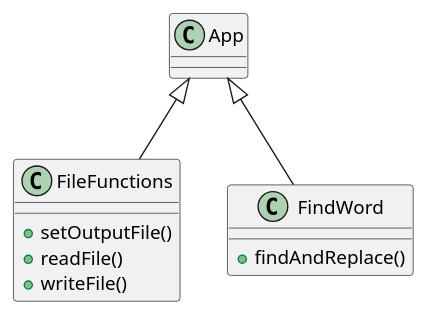
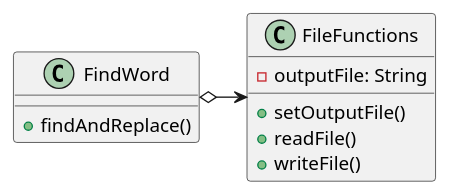
The diagram in src/main/java/oop/assignment3/ex45/base/WordFinder.puml (ivy-nguyen18/nguyen-cop3330-assignment3), drawn with PlantUML before and after one commit. The commit also changed 10 other files, not shown here.

Commit message:
All plantUML updated

```diff
--- a/src/main/java/oop/assignment3/ex45/base/WordFinder.puml
+++ b/src/main/java/oop/assignment3/ex45/base/WordFinder.puml
@@ -1,20 +1,21 @@
 @startuml
 'https://plantuml.com/class-diagram
 
 
 
-App <|-- FileFunctions
-App <|-- FindWord
+ FindWord o-> FileFunctions
 
 
 class FileFunctions {
-+ setOutputFile()
-+ readFile()
-+ writeFile()
+    - outputFile: String
+
+    + setOutputFile()
+    + readFile()
+    + writeFile()
 }
 
 class FindWord{
-+ findAndReplace()
+    + findAndReplace()
 }
 
 @enduml
```
